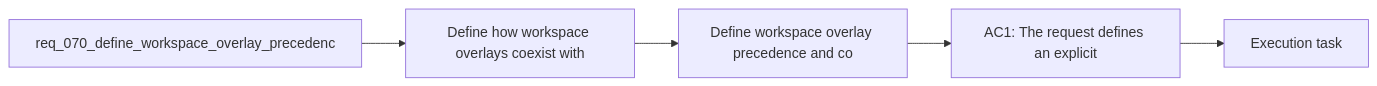
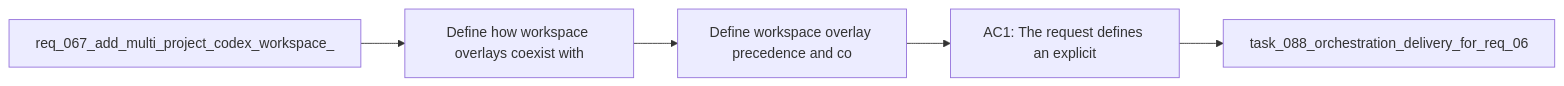
Before and after one commit to AlexAgo83/logics-manager: the diagram in logics/backlog/item_093_define_workspace_overlay_precedence_and_coexistence_with_global_codex_skills.md, drawn with Mermaid. The commit also changed other lines of this file and 481 other files, not shown here.

````diff
--- a/logics/backlog/item_093_define_workspace_overlay_precedence_and_coexistence_with_global_codex_skills.md
+++ b/logics/backlog/item_093_define_workspace_overlay_precedence_and_coexistence_with_global_codex_skills.md
@@ -22,9 +22,9 @@
 ```mermaid
 %% logics-kind: backlog
 %% logics-signature: backlog|define-workspace-overlay-precedence-and-|req-067-add-multi-project-codex-workspac|define-how-workspace-overlays-coexist-wi|ac1-the-request-defines-an-explicit
 flowchart LR
-    Request[req_070_define_workspace_overlay_precedenc] --> Problem[Define how workspace overlays coexist with]
+    Request[req_067_add_multi_project_codex_workspace_] --> Problem[Define how workspace overlays coexist with]
     Problem --> Scope[Define workspace overlay precedence and co]
     Scope --> Acceptance[AC1: The request defines an explicit]
-    Acceptance --> Tasks[Execution task]
+    Acceptance --> Tasks[task_088_orchestration_delivery_for_req_06]
 ```
````
